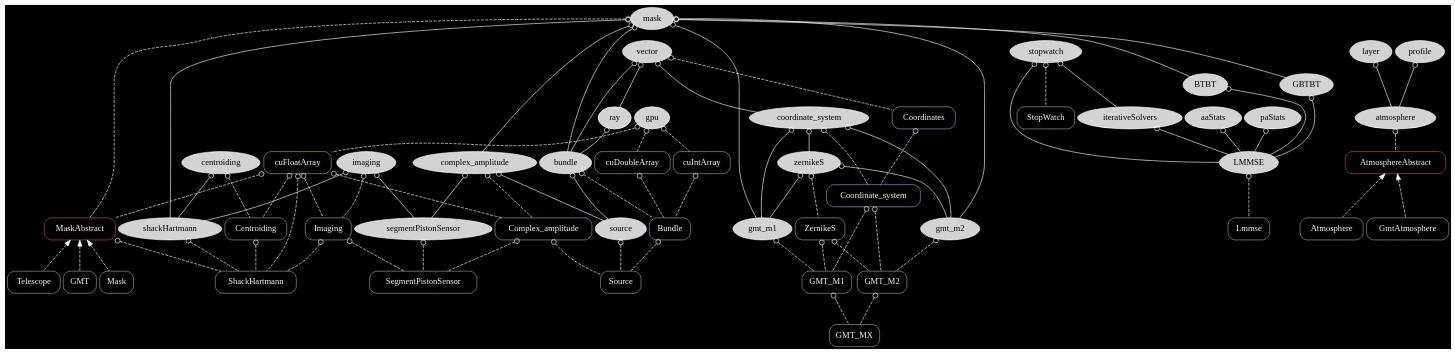
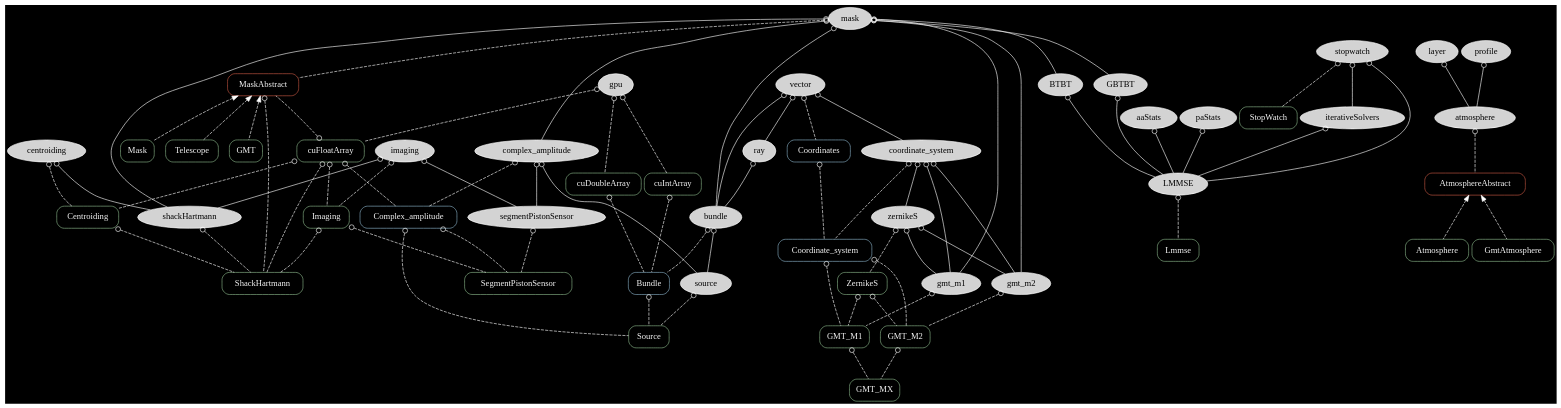
The diagram in graph/ceo.dot (rconan/CEO), drawn with Graphviz before and after one commit. The commit also changed 4 other files, not shown here.

```diff
--- a/graph/ceo.dot
+++ b/graph/ceo.dot
@@ -1,121 +1,121 @@
 digraph {
 overlap=false
 splines=true
 bgcolor = black
 node[style=filled,fillcolor=lightgray,color=white];
 edge[arrowtail=odot,dir=back,color=white];
 
 mask -> shackHartmann;
 imaging -> shackHartmann;
 centroiding -> shackHartmann;
 bundle -> source;
 
 coordinate_system -> zernikeS;
 coordinate_system -> gmt_m1;
 coordinate_system -> gmt_m2
 
 mask -> gmt_m1;
 mask -> gmt_m2;
 mask -> complex_amplitude;
 
 zernikeS -> gmt_m1;
 zernikeS -> gmt_m2;
 
 vector -> coordinate_system;
 vector -> bundle;
 
 mask -> bundle;
 ray -> bundle;
 vector -> ray;
 complex_amplitude -> source;
 
 layer -> atmosphere;
 profile -> atmosphere;
 
 mask -> BTBT;
 mask -> GBTBT;
 aaStats -> LMMSE;
 paStats -> LMMSE;
 BTBT -> LMMSE;
 GBTBT -> LMMSE;
 iterativeSolvers -> LMMSE;
 stopwatch -> LMMSE;
 stopwatch -> iterativeSolvers;
 
 gpu;
 
 complex_amplitude -> segmentPistonSensor;
 imaging -> segmentPistonSensor;
 node[color=darkseagreen,style=rounded,shape=box,fontcolor=whitesmoke];
 edge[style=dashed,color=white]
 
 centroiding -> Centroiding;
 imaging -> Imaging;
 cuFloatArray -> Imaging;
 cuFloatArray -> Centroiding;
 
 source -> Source;
 Complex_amplitude[color=lightskyblue3];
 complex_amplitude -> Complex_amplitude;
 cuFloatArray -> Complex_amplitude;
 Bundle[color=lightskyblue3];
 bundle -> Bundle;
 cuDoubleArray -> Bundle;
 cuIntArray -> Bundle;
 Complex_amplitude -> Source[label="wavefront"];
 Bundle -> Source[label="rays"];
 
 shackHartmann -> ShackHartmann;
 MaskAbstract -> ShackHartmann;
 cuFloatArray -> ShackHartmann
 Imaging -> ShackHartmann;
 Centroiding -> ShackHartmann;
 
 segmentPistonSensor -> SegmentPistonSensor;
 
 gmt_m1 -> GMT_M1;
 gmt_m2 -> GMT_M2;
 ZernikeS;
 zernikeS -> ZernikeS;
 ZernikeS -> GMT_M1;
 ZernikeS -> GMT_M2;
 GMT_M1 -> GMT_MX[label="M1"];
 GMT_M2 -> GMT_MX[label="M2"];
 Coordinate_system[color=lightskyblue3];
 coordinate_system -> Coordinate_system;
 Coordinate_system -> GMT_M1;
 Coordinate_system -> GMT_M2;
 Coordinates[color=lightskyblue3];
 Coordinates -> Coordinate_system;
 vector -> Coordinates;
 
 AtmosphereAbstract[color=coral3];
 atmosphere -> AtmosphereAbstract;
 
 MaskAbstract[color=coral3]
 mask -> MaskAbstract;
 cuFloatArray -> MaskAbstract;
 Complex_amplitude -> SegmentPistonSensor;
 Imaging -> SegmentPistonSensor;
 
 stopwatch -> StopWatch;
 
 gpu -> cuFloatArray;
 gpu -> cuIntArray;
 gpu -> cuDoubleArray;
 LMMSE -> Lmmse;
 
 edge[dir=back,arrowtail=normal];
 
 AtmosphereAbstract -> Atmosphere;
 AtmosphereAbstract -> GmtAtmosphere;
 
 MaskAbstract -> Mask;
 MaskAbstract -> Telescope;
 MaskAbstract -> GMT;
 
 {rank = source; mask;}
-#{rank = same; gpu; vector; MaskAbstract; complex_amplitude}
+{rank = same; gpu; vector; MaskAbstract;}
 #{rank = same; Source; ShackHartmann}
 #{rank=same; stopwatch; LMMSE;}
 }
```
